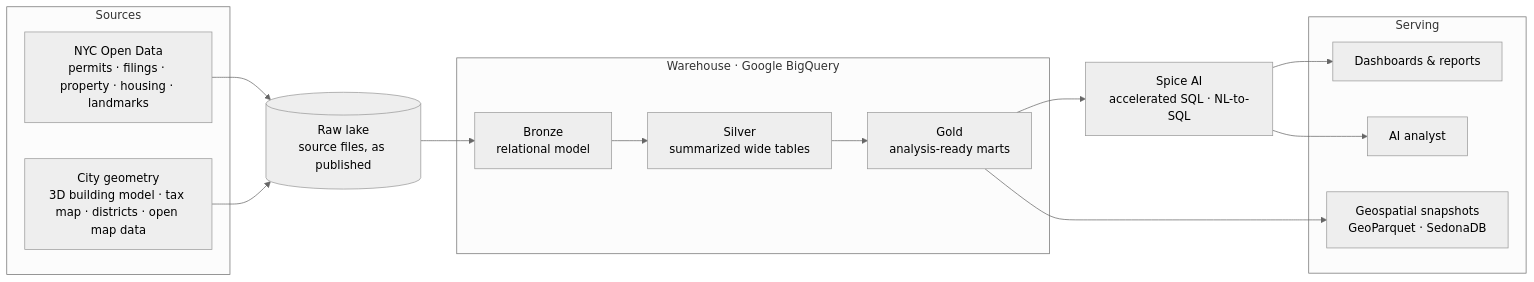
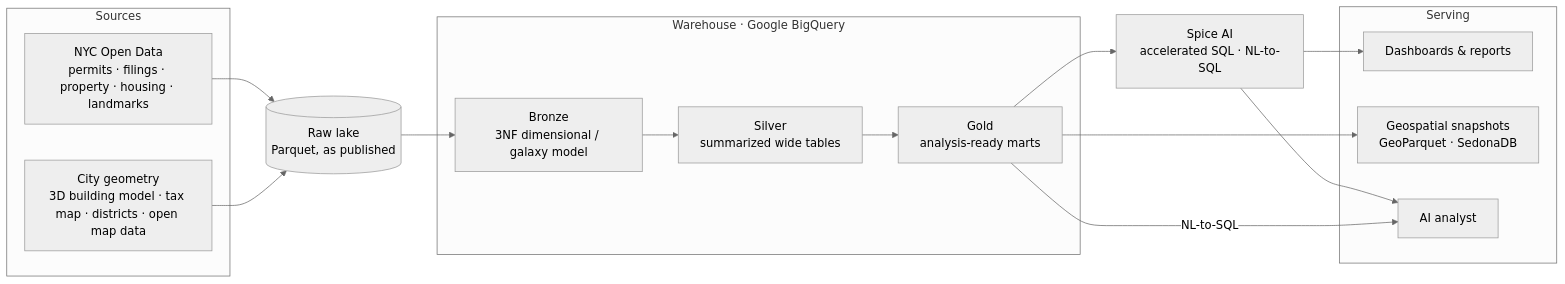
One commit to MaxwellGrant90/MaxwellGrant90 changed the diagram in README.md. Above: the diagram before and after it, drawn with Mermaid (neutral theme). The commit also changed other lines of this file, not shown here.

Commit message:
Raw lake stored as Parquet

````diff
--- a/README.md
+++ b/README.md
@@ -62,24 +62,25 @@
 ```mermaid
 flowchart LR
   subgraph Sources
     A[NYC Open Data<br/>permits · filings · property · housing · landmarks]
     B[City geometry<br/>3D building model · tax map · districts · open map data]
   end
-  L[(Raw lake<br/>source files, as published)]
+  L[(Raw lake<br/>Parquet, as published)]
   subgraph Warehouse["Warehouse · Google BigQuery"]
-    C[Bronze<br/>relational model] --> D[Silver<br/>summarized wide tables] --> E[Gold<br/>analysis-ready marts]
+    C[Bronze<br/>3NF dimensional / galaxy model] --> D[Silver<br/>summarized wide tables] --> E[Gold<br/>analysis-ready marts]
   end
   S[Spice AI<br/>accelerated SQL · NL-to-SQL]
   subgraph Serving
     F[Dashboards & reports]
     G[Geospatial snapshots<br/>GeoParquet · SedonaDB]
     H[AI analyst]
   end
   A --> L
   B --> L
   L --> C
   E --> S
   E --> G
   S --> F
   S --> H
+  E -- NL-to-SQL --> H
 ```
````
